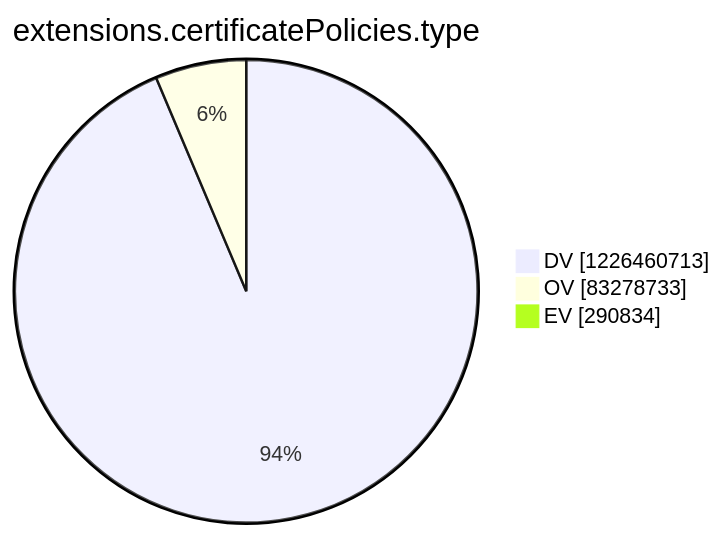
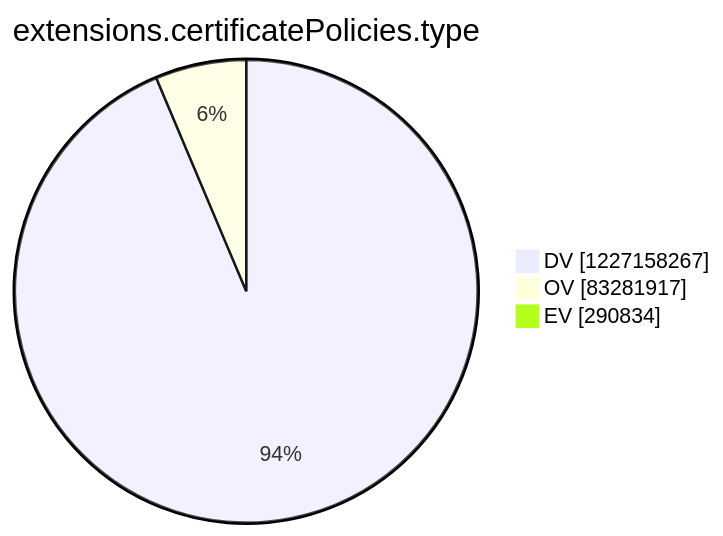
One commit to christiankrug/ctmonitor_visualization changed the tenth of 15 diagrams in argon2022/README.md. Above: the diagram before and after it, drawn with Mermaid. The commit also changed other lines of this file, not shown here.

````diff
--- a/argon2022/README.md
+++ b/argon2022/README.md
@@ -2770,7 +2770,7 @@
 ```mermaid
 pie showData
 title extensions.certificatePolicies.type
-"DV" :1226460713
-"OV" :83278733
+"DV" :1227158267
+"OV" :83281917
 "EV" :290834
 ```
````
